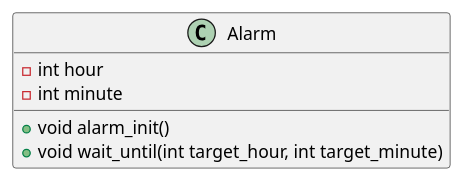
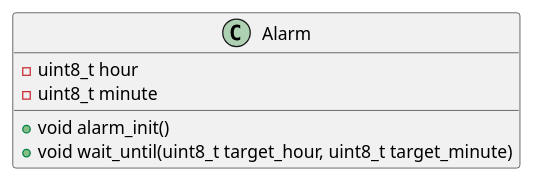
One commit to Robin005cr/Calendar-and-Clock changed the diagram in Calendar_Clock/docs/UML/alarm.puml. Above: the diagram before and after it, drawn with PlantUML. The commit also changed 53 other files, not shown here.

```diff
--- a/Calendar_Clock/docs/UML/alarm.puml
+++ b/Calendar_Clock/docs/UML/alarm.puml
@@ -1,10 +1,10 @@
 @startuml alarm.puml
 class Alarm{
 
-    - int hour
-    - int minute
+    - uint8_t hour
+    - uint8_t minute
 
     + void alarm_init()
-    + void wait_until(int target_hour, int target_minute)
+    + void wait_until(uint8_t target_hour, uint8_t target_minute)
 }
 @enduml
```
